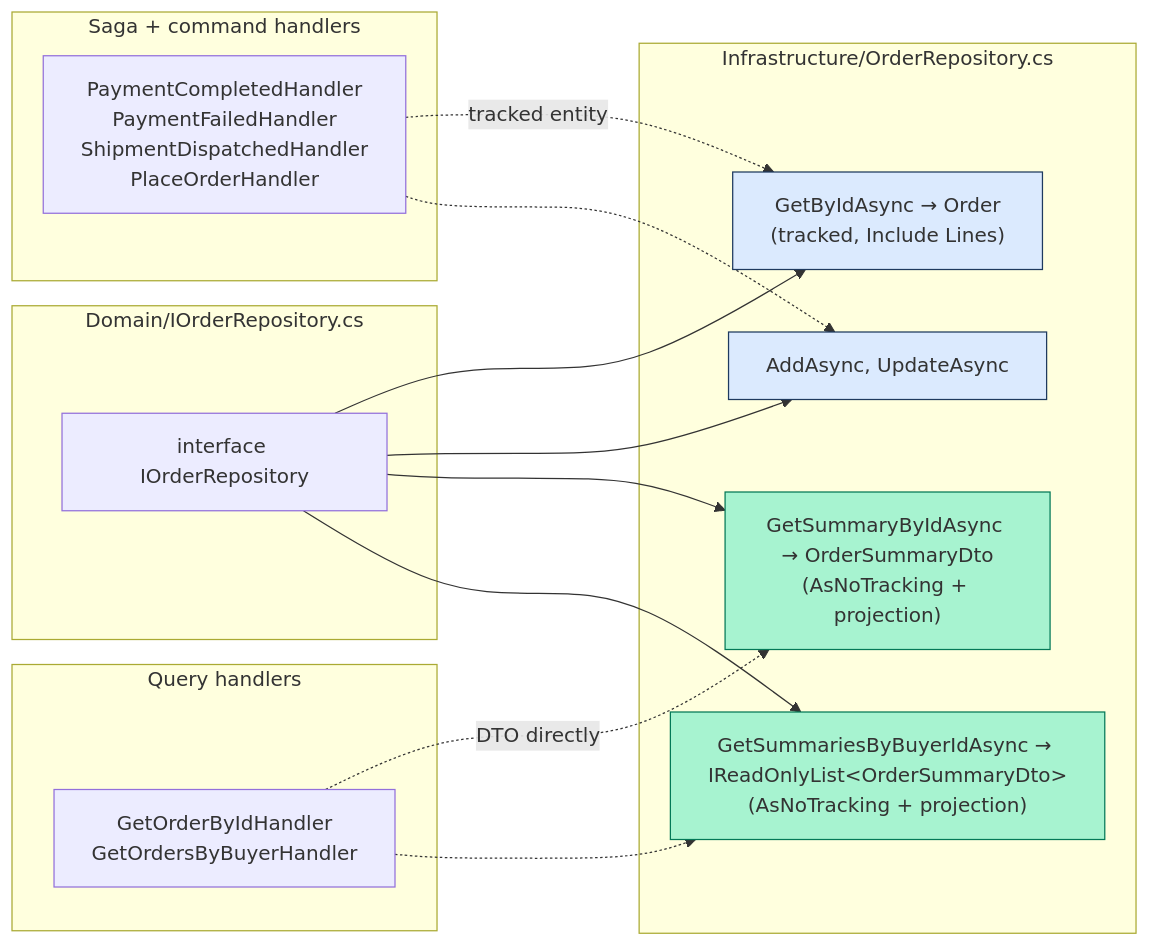
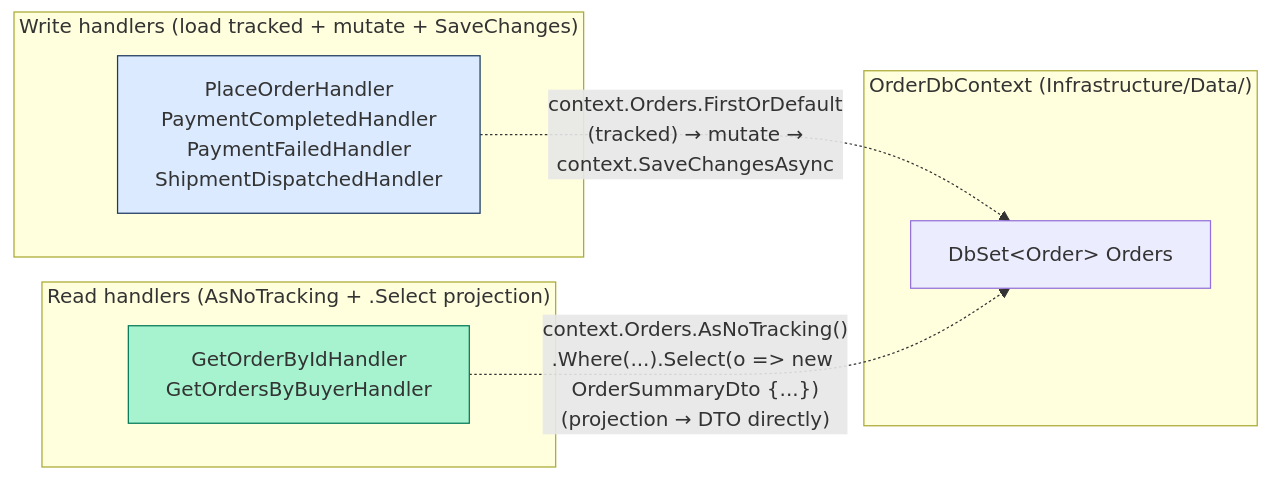
Before and after one commit to emeraldleaf/NextAurora: the fourth of 4 diagrams in docs/code-flows/orderservice.md, drawn with Mermaid. The commit also changed other lines of this file, not shown here.

First paragraph of the commit message:
docs(orderservice walkthrough): update for DbContext-direct refactor
Updates docs/code-flows/orderservice.md to reflect the refactor in b34493c:

````diff
--- a/docs/code-flows/orderservice.md
+++ b/docs/code-flows/orderservice.md
@@ -168,36 +169,20 @@
 ```mermaid
 graph LR
-    subgraph Domain["Domain/IOrderRepository.cs"]
-        I["interface IOrderRepository"]
+    subgraph Ctx["OrderDbContext (Infrastructure/Data/)"]
+        DBS["DbSet&lt;Order&gt; Orders"]
     end
 
-    subgraph Impl["Infrastructure/OrderRepository.cs"]
-        WL1["GetByIdAsync → Order<br/>(tracked, Include Lines)"]
-        WL2["AddAsync, UpdateAsync"]
-        RP1["GetSummaryByIdAsync → OrderSummaryDto<br/>(AsNoTracking + projection)"]
-        RP2["GetSummariesByBuyerIdAsync → IReadOnlyList&lt;OrderSummaryDto&gt;<br/>(AsNoTracking + projection)"]
+    subgraph Writers["Write handlers (load tracked + mutate + SaveChanges)"]
+        WH["PlaceOrderHandler<br/>PaymentCompletedHandler<br/>PaymentFailedHandler<br/>ShipmentDispatchedHandler"]
     end
 
-    subgraph Writers["Saga + command handlers"]
-        SH["PaymentCompletedHandler<br/>PaymentFailedHandler<br/>ShipmentDispatchedHandler<br/>PlaceOrderHandler"]
+    subgraph Readers["Read handlers (AsNoTracking + .Select projection)"]
+        RH["GetOrderByIdHandler<br/>GetOrdersByBuyerHandler"]
     end
 
-    subgraph Readers["Query handlers"]
-        GH["GetOrderByIdHandler<br/>GetOrdersByBuyerHandler"]
-    end
+    WH -.->|"context.Orders.FirstOrDefault<br/>(tracked) → mutate →<br/>context.SaveChangesAsync"| DBS
+    RH -.->|"context.Orders.AsNoTracking()<br/>.Where(...).Select(o => new OrderSummaryDto {...})<br/>(projection → DTO directly)"| DBS
 
-    I --> WL1
-    I --> WL2
-    I --> RP1
-    I --> RP2
-
-    SH -.->|tracked entity| WL1
-    SH -.-> WL2
-    GH -.->|DTO directly| RP1
-    GH -.-> RP2
-
-    style WL1 fill:#dbeafe,stroke:#1e3a5f
-    style WL2 fill:#dbeafe,stroke:#1e3a5f
-    style RP1 fill:#a7f3d0,stroke:#047857
-    style RP2 fill:#a7f3d0,stroke:#047857
+    style WH fill:#dbeafe,stroke:#1e3a5f
+    style RH fill:#a7f3d0,stroke:#047857
 ```
````
